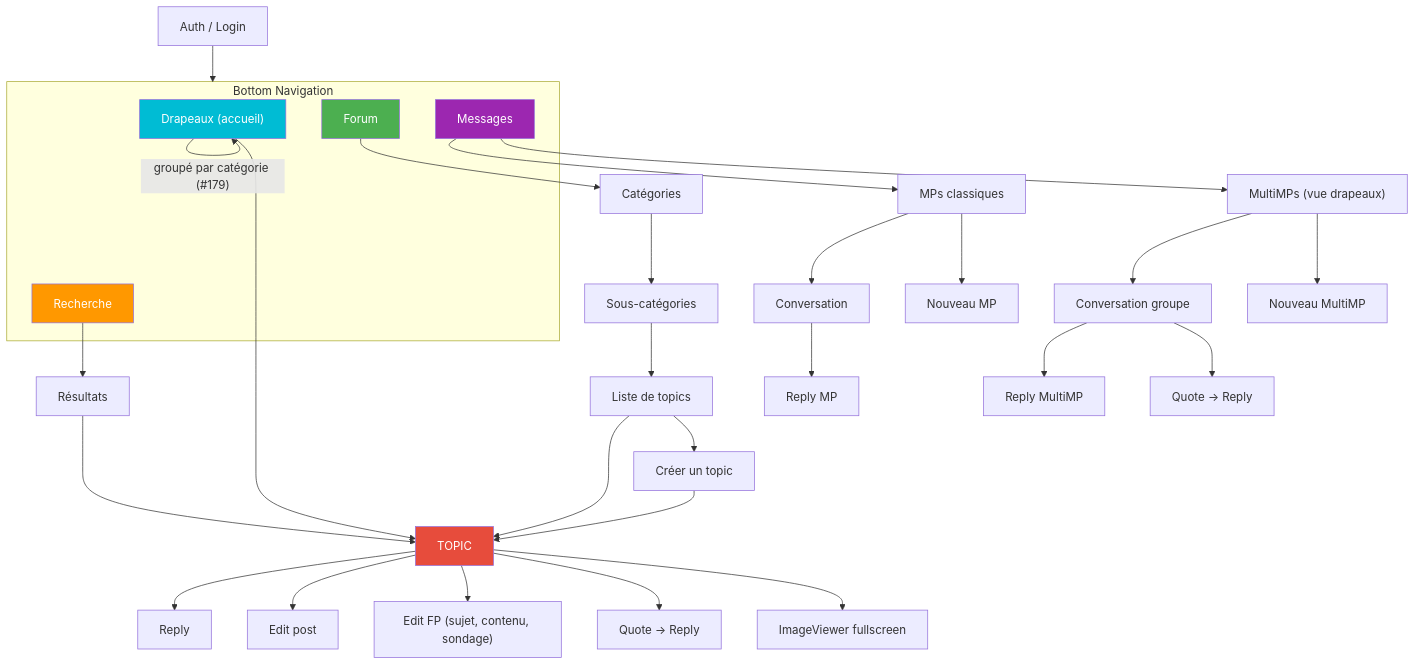
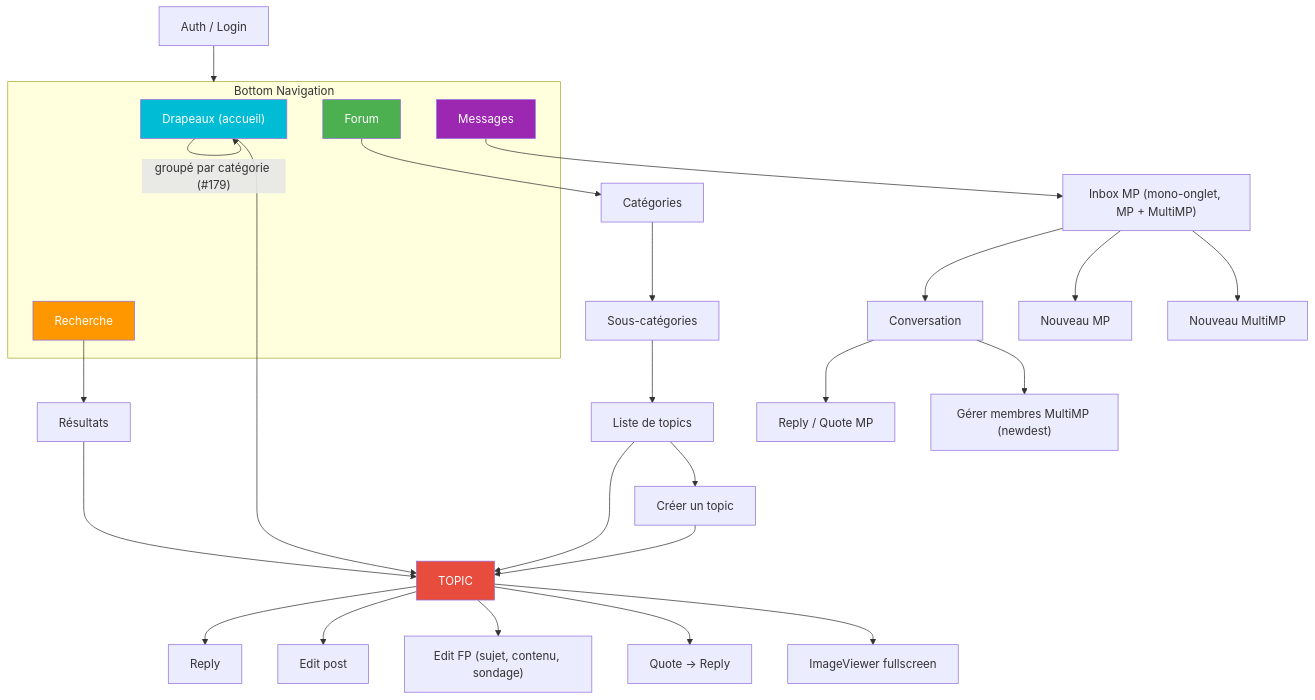
The first of 2 diagrams in docs/specs/navigation.md (ForumHFR/redface2), drawn with Mermaid before and after one commit. The commit also changed other lines of this file and 13 other files, not shown here.

First line of the commit message:
chore(#598): bump 0.16.0 + align specs/roadmap/ADR with Phase 3 delivered state (#616)

````diff
--- a/docs/specs/navigation.md
+++ b/docs/specs/navigation.md
@@ -34,48 +34,45 @@
 ```mermaid
 graph TB
     LOGIN[Auth / Login] --> HOME
 
     subgraph HOME["Bottom Navigation"]
         FLAGS["Drapeaux (accueil)"]
         FORUM[Forum]
         SEARCH[Recherche]
         MSGS[Messages]
     end
 
-    FLAGS -->|"onglets: cyan / lu / favoris / super"| FLAGS
+    FLAGS -->|"onglets: cyan / lu / favoris / super / DT (conditionnel)"| FLAGS
     FLAGS -->|"groupé par catégorie (#179)"| FLAGS
     FLAGS --> TOPIC
 
     FORUM --> CATS[Catégories]
     CATS --> SUBCATS[Sous-catégories]
     SUBCATS --> TOPICLIST[Liste de topics]
     TOPICLIST --> TOPIC
     TOPICLIST --> NEWTOPIC["Créer un topic"]
 
     SEARCH --> RESULTS[Résultats]
     RESULTS --> TOPIC
 
-    MSGS --> TABMP["MPs classiques"]
-    MSGS --> TABMULTI["MultiMPs (vue drapeaux)"]
-    TABMP --> CONV[Conversation]
-    TABMP --> NEWMP["Nouveau MP"]
-    TABMULTI --> CONVMULTI["Conversation groupe"]
-    TABMULTI --> NEWMULTI["Nouveau MultiMP"]
-    CONV --> REPLYMP[Reply MP]
-    CONVMULTI --> REPLYMULTI[Reply MultiMP]
-    CONVMULTI --> QUOTEMULTI["Quote → Reply"]
+    MSGS --> INBOX["Inbox MP (mono-onglet, MP + MultiMP)"]
+    INBOX --> CONV[Conversation]
+    INBOX --> NEWMP["Nouveau MP"]
+    INBOX --> NEWMULTI["Nouveau MultiMP"]
+    CONV --> REPLYMP["Reply / Quote MP"]
+    CONV --> MEMBERS["Gérer membres MultiMP (newdest)"]
 
     TOPIC --> REPLY[Reply]
     TOPIC --> EDIT["Edit post"]
     TOPIC --> EDITFP["Edit FP (sujet, contenu, sondage)"]
     TOPIC --> QUOTE["Quote → Reply"]
     TOPIC --> IMAGE[ImageViewer fullscreen]
 
     NEWTOPIC --> TOPIC
 
     style FLAGS fill:#00bcd4,color:#fff
     style FORUM fill:#4caf50,color:#fff
     style SEARCH fill:#ff9800,color:#fff
     style MSGS fill:#9c27b0,color:#fff
     style TOPIC fill:#e74c3c,color:#fff
 ```
````
